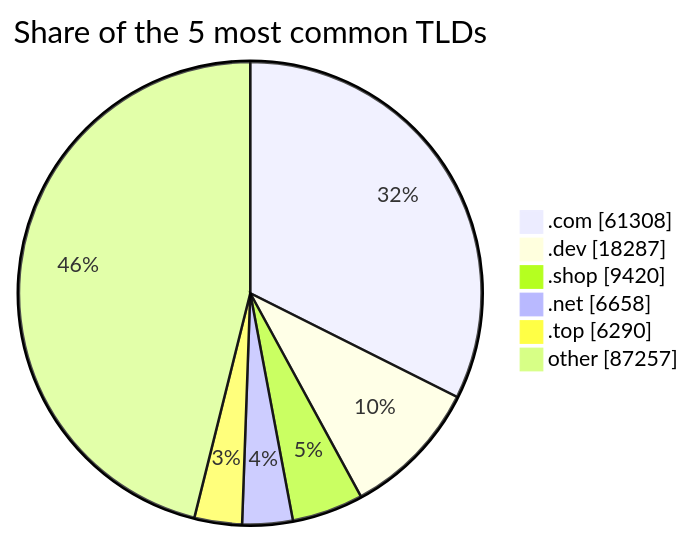
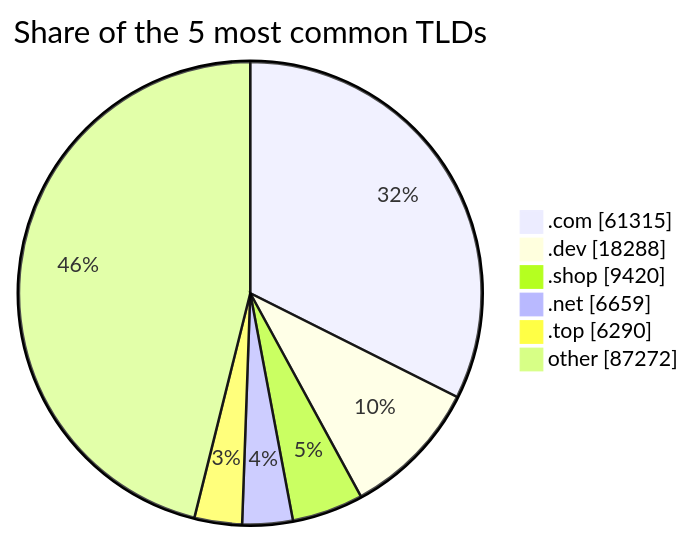
Before and after one commit to DNSBunker/CTI: the third of 3 diagrams in README.md, drawn with Mermaid. The commit also changed other lines of this file and 3 other files, not shown here.

````diff
--- a/README.md
+++ b/README.md
@@ -81,9 +81,9 @@
 ```mermaid
 pie showData title Share of the 5 most common TLDs
-    ".com" : 61308
-    ".dev" : 18287
+    ".com" : 61315
+    ".dev" : 18288
     ".shop" : 9420
-    ".net" : 6658
+    ".net" : 6659
     ".top" : 6290
-    "other" : 87257
+    "other" : 87272
 ```
````
